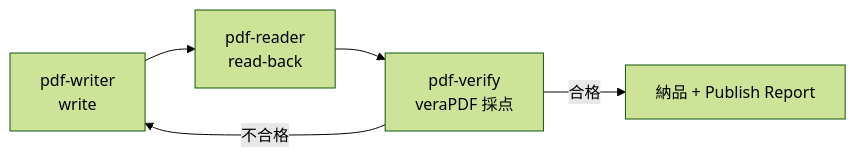
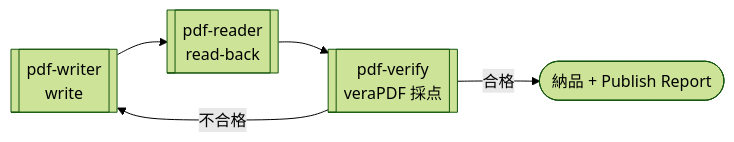
Before and after one commit to shuji-bonji/pdf-agent-stack: the diagram in site/docs/ja/skills/pdf-publish.md, drawn with Mermaid (forest theme). The commit also changed 10 other files, not shown here.

Commit message:
fix: Mermaid図を改良

````diff
--- a/site/docs/ja/skills/pdf-publish.md
+++ b/site/docs/ja/skills/pdf-publish.md
@@ -9,6 +9,6 @@
 ```mermaid
 graph LR
-  W[pdf-writer<br>write] --> R[pdf-reader<br>read-back] --> V[pdf-verify<br>veraPDF 採点]
+  W[["pdf-writer<br>write"]] --> R[["pdf-reader<br>read-back"]] --> V[["pdf-verify<br>veraPDF 採点"]]
   V -->|不合格| W
-  V -->|合格| D[納品 + Publish Report]
+  V -->|合格| D(["納品 + Publish Report"])
 ```
````
